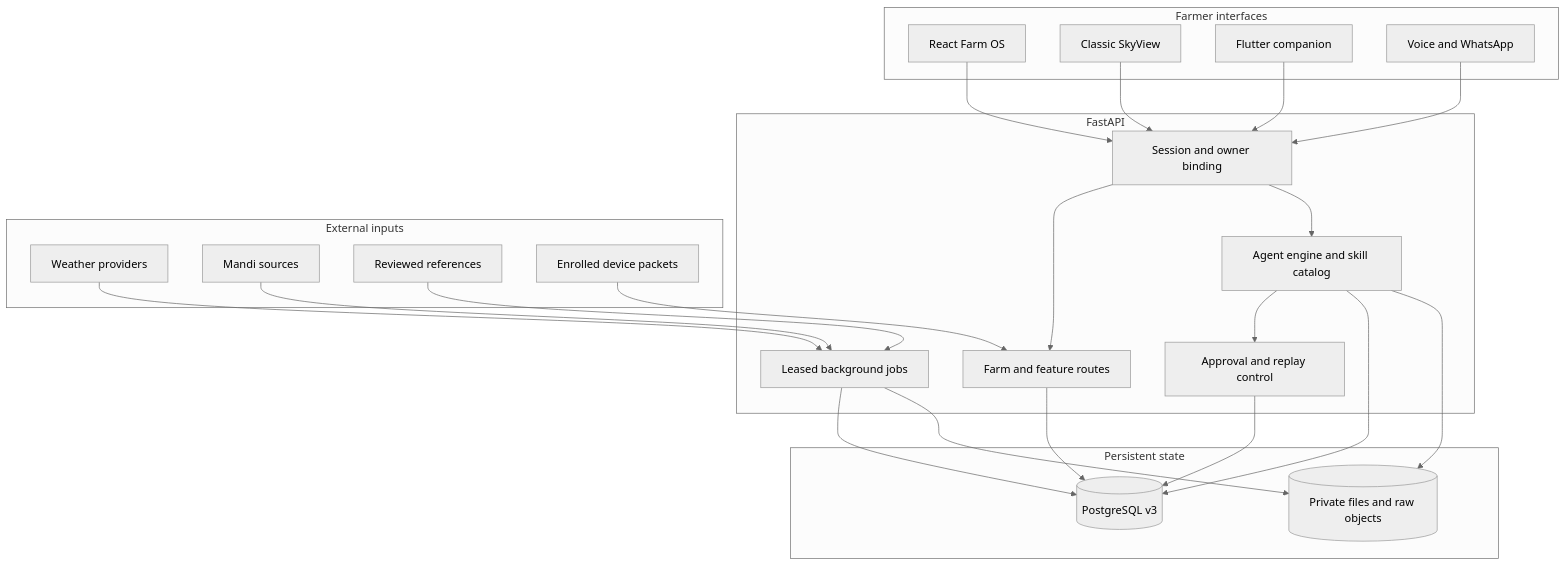
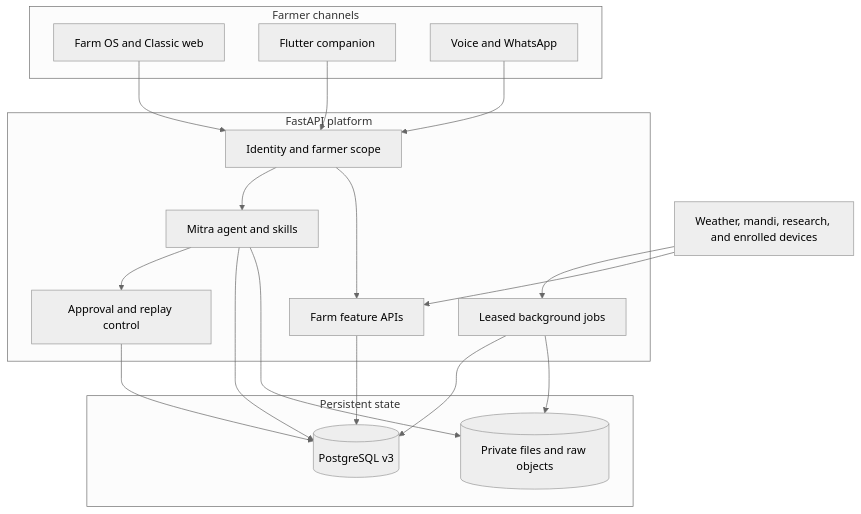
One commit to vvinayakkk/kisan-mitra-farm-os changed the second of 2 diagrams in README.md. Above: the diagram before and after it, drawn with Mermaid (neutral theme). The commit also changed other lines of this file and 1 other file, not shown here.

````diff
--- a/README.md
+++ b/README.md
@@ -146,34 +111,27 @@
 ```mermaid
 flowchart TB
-    subgraph Interfaces[Farmer interfaces]
-        FarmOS[React Farm OS]
-        Classic[Classic SkyView]
-        Mobile[Flutter companion]
-        Channels[Voice and WhatsApp]
+    subgraph Clients[Farmer channels]
+        Web[Farm OS and Classic web]
+        App[Flutter companion]
+        Voice[Voice and WhatsApp]
     end
-    subgraph API[FastAPI]
-        Identity[Session and owner binding]
-        Routes[Farm and feature routes]
-        Agent[Agent engine and skill catalog]
+    subgraph Service[FastAPI platform]
+        Identity[Identity and farmer scope]
+        Agent[Mitra agent and skills]
+        Routes[Farm feature APIs]
         Review[Approval and replay control]
-        Worker[Leased background jobs]
+        Jobs[Leased background jobs]
     end
-    subgraph State[Persistent state]
-        Postgres[(PostgreSQL v3)]
-        Objects[(Private files and raw objects)]
+    subgraph Storage[Persistent state]
+        DB[(PostgreSQL v3)]
+        Files[(Private files and raw objects)]
     end
-    subgraph Inputs[External inputs]
-        Weather[Weather providers]
-        Market[Mandi sources]
-        Research[Reviewed references]
-        Device[Enrolled device packets]
-    end
-    FarmOS & Classic & Mobile & Channels --> Identity
-    Identity --> Routes & Agent
-    Agent --> Review --> Postgres
-    Agent --> Postgres & Objects
-    Routes --> Postgres
-    Weather & Market & Research --> Worker
-    Worker --> Postgres & Objects
-    Device --> Routes
+    Sources[Weather, mandi, research, and enrolled devices]
+    Web & App & Voice --> Identity
+    Identity --> Agent & Routes
+    Agent --> Review --> DB
+    Agent --> DB & Files
+    Routes --> DB
+    Sources --> Jobs --> DB & Files
+    Sources --> Routes
 ```
````
